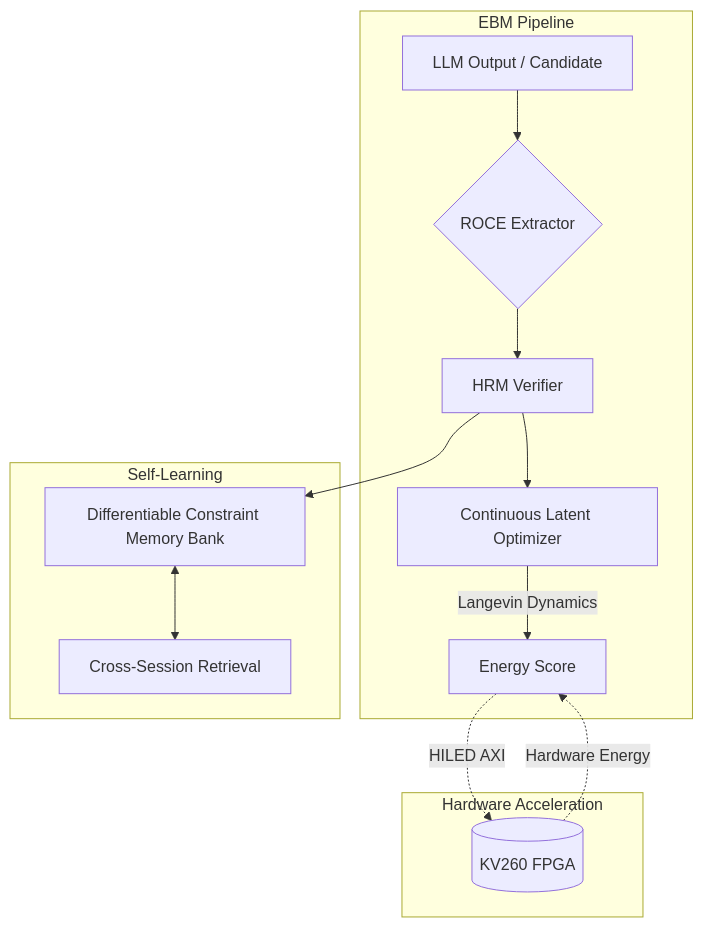
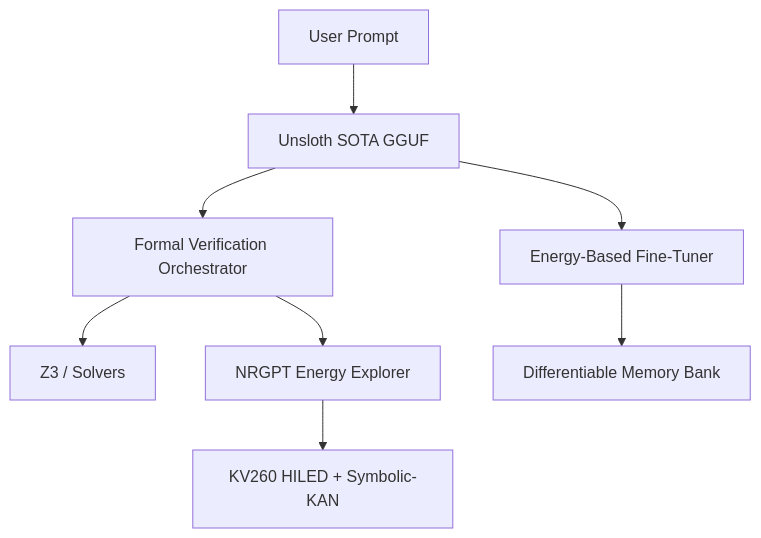
Before and after one commit to Carnot-EBM/carnot-ebm: the diagram in openspec/change-proposals/research-roadmap-vNEXT.md, drawn with Mermaid. The commit also changed other lines of this file and 1 other file, not shown here.

````diff
--- a/openspec/change-proposals/research-roadmap-vNEXT.md
+++ b/openspec/change-proposals/research-roadmap-vNEXT.md
@@ -20,19 +14,10 @@
 ```mermaid
 graph TD
-    subgraph EBM Pipeline
-        A[LLM Output / Candidate] --> B{ROCE Extractor}
-        B --> C[HRM Verifier]
-        C --> D[Continuous Latent Optimizer]
-        D -->|Langevin Dynamics| E[Energy Score]
-    end
-
-    subgraph Hardware Acceleration
-        E -.->|HILED AXI| F[(KV260 FPGA)]
-        F -.->|Hardware Energy| E
-    end
-
-    subgraph Self-Learning
-        C --> G[Differentiable Constraint Memory Bank]
-        G <--> H[Cross-Session Retrieval]
-    end
+    Prompt[User Prompt] --> Drafter[Unsloth SOTA GGUF]
+    Drafter --> EBFT[Energy-Based Fine-Tuner]
+    Drafter --> Orchestrator[Formal Verification Orchestrator]
+    Orchestrator --> Z3[Z3 / Solvers]
+    Orchestrator --> NRGPT[NRGPT Energy Explorer]
+    NRGPT --> HILED[KV260 HILED + Symbolic-KAN]
+    EBFT --> Memory[Differentiable Memory Bank]
 ```
````
